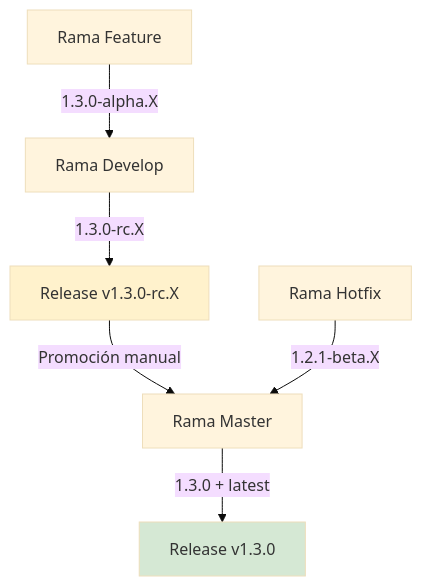
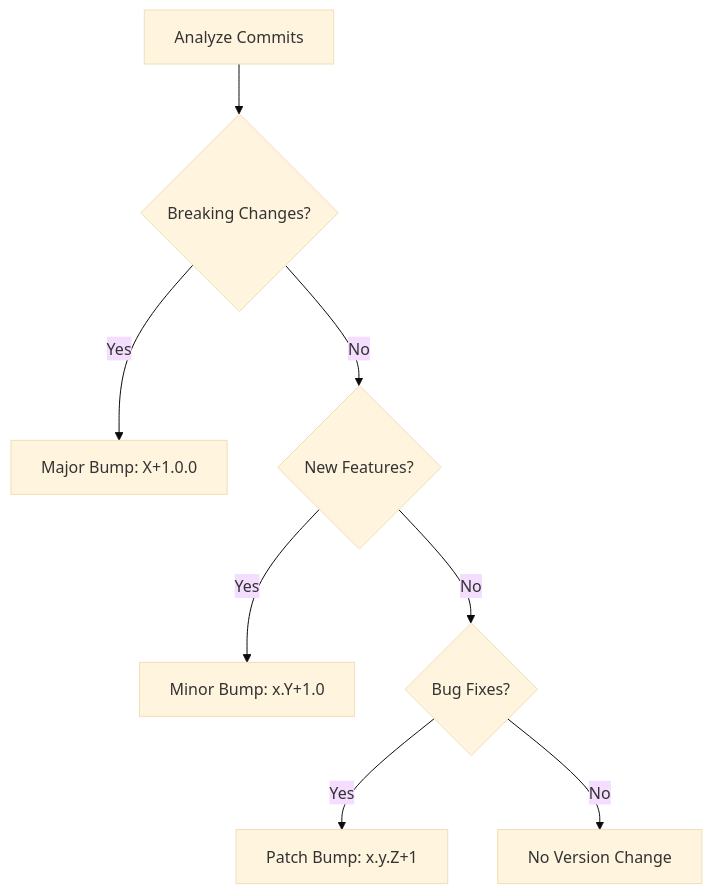
One commit to mlorentedev/kubelab changed the diagram in docs/VERSIONING.md. Above: the diagram before and after it, drawn with Mermaid (base theme). The commit also changed other lines of this file and 19 other files, not shown here.

````diff
--- a/docs/VERSIONING.md
+++ b/docs/VERSIONING.md
@@ -215,12 +148,10 @@
 ```mermaid
 graph TD
-    A[Rama Feature] -->|"1.3.0-alpha.X"| B[Rama Develop]
-    B -->|"1.3.0-rc.X"| C[Release v1.3.0-rc.X]
-    C -->|Promoción manual| D[Rama Master]  
-    D -->|"1.3.0 + latest"| E[Release v1.3.0]
-    
-    F[Rama Hotfix] -->|"1.2.1-beta.X"| D
-    
-    style C fill:#fff2cc
-    style E fill:#d5e8d4
+    A[Analyze Commits] --> B{Breaking Changes?}
+    B -->|Yes| C[Major Bump: X+1.0.0]
+    B -->|No| D{New Features?}
+    D -->|Yes| E[Minor Bump: x.Y+1.0]
+    D -->|No| F{Bug Fixes?}
+    F -->|Yes| G[Patch Bump: x.y.Z+1]
+    F -->|No| H[No Version Change]
 ```
````
